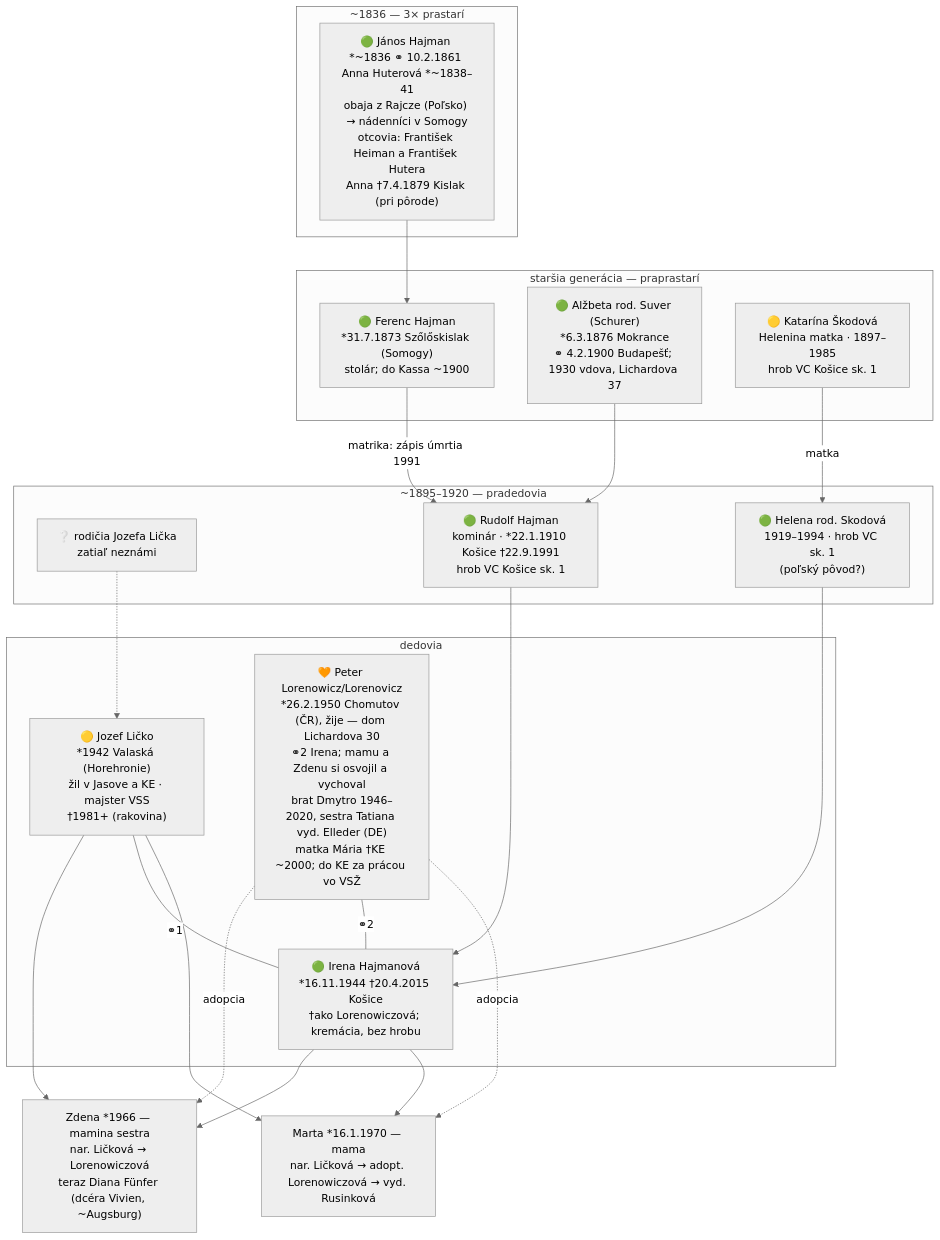
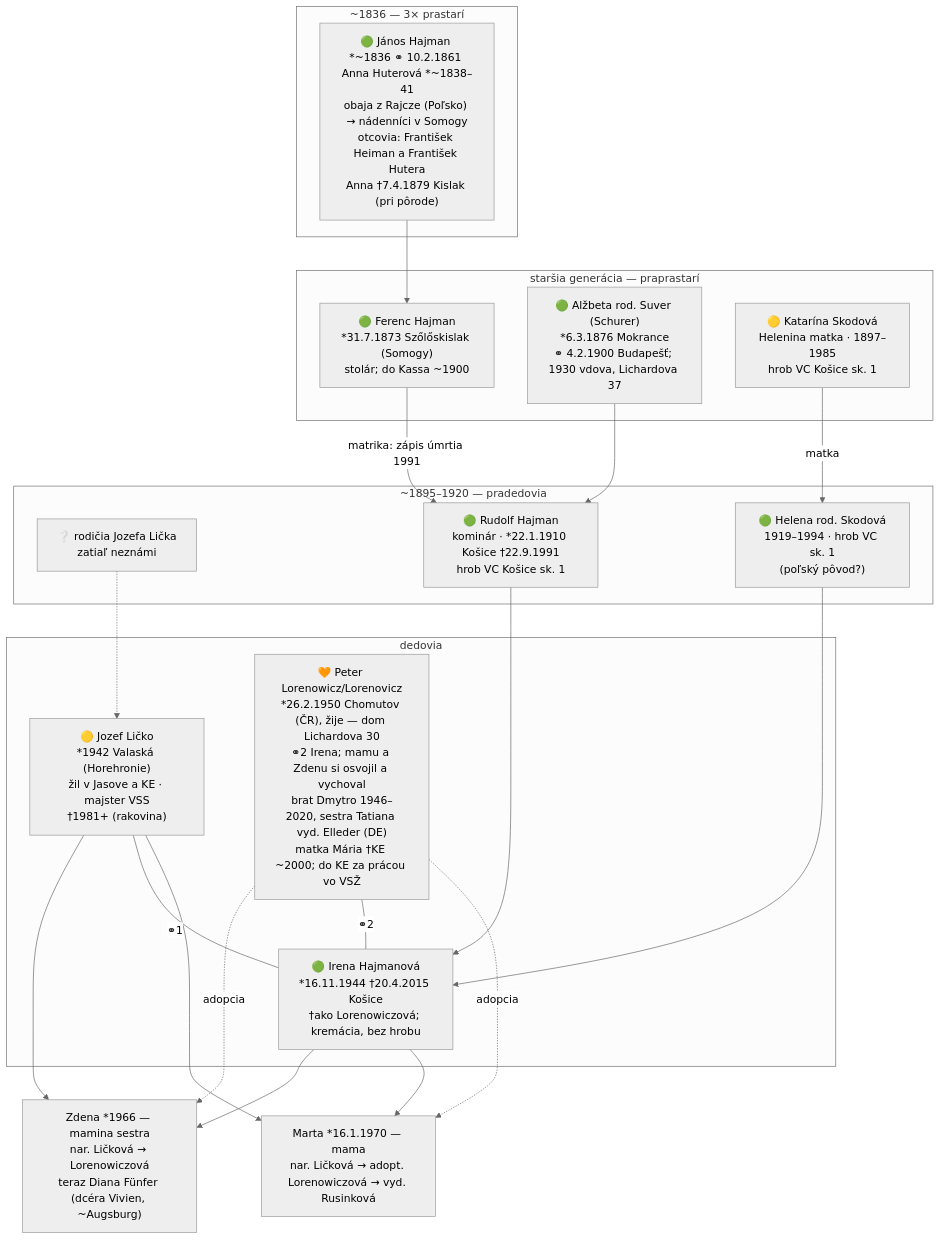
Before and after one commit to vrusi/genealogia: the second of 6 diagrams in docs/rodokmen.md, drawn with Mermaid (neutral theme). The commit also changed other lines of this file and 15 other files, not shown here.

````diff
--- a/docs/rodokmen.md
+++ b/docs/rodokmen.md
@@ -102,39 +102,39 @@
 ```mermaid
 graph TD
   subgraph mgen5["~1836 — 3× prastarí"]
     JHAH["🟢 János Hajman *~1836 ⚭ 10.2.1861 Anna Huterová *~1838–41<br>obaja z Rajcze (Poľsko) → nádenníci v Somogy<br>otcovia: František Heiman a František Hutera<br>Anna †7.4.1879 Kislak (pri pôrode)"]
   end
   subgraph mgen4["staršia generácia — praprastarí"]
     FH["🟢 Ferenc Hajman<br>*31.7.1873 Szőlőskislak (Somogy)<br>stolár; do Kassa ~1900"]
     ASch["🟢 Alžbeta rod. Suver (Schurer)<br>*6.3.1876 Mokrance<br>⚭ 4.2.1900 Budapešť; 1930 vdova, Lichardova 37"]
-    KS["🟡 Katarína Škodová<br>Helenina matka · 1897–1985<br>hrob VC Košice sk. 1"]
+    KS["🟡 Katarína Skodová<br>Helenina matka · 1897–1985<br>hrob VC Košice sk. 1"]
   end
   subgraph mgen3["~1895–1920 — pradedovia"]
     LX["❔ rodičia Jozefa Lička<br>zatiaľ neznámi"]
     RH["🟢 Rudolf Hajman<br>kominár · *22.1.1910 Košice †22.9.1991<br>hrob VC Košice sk. 1"]
     HS["🟢 Helena rod. Skodová<br>1919–1994 · hrob VC sk. 1<br>(poľský pôvod?)"]
   end
   subgraph mgen2["dedovia"]
     JL["🟡 Jozef Ličko<br>*1942 Valaská (Horehronie)<br>žil v Jasove a KE · majster VSS<br>†1981+ (rakovina)"]
     IH["🟢 Irena Hajmanová<br>*16.11.1944 †20.4.2015 Košice<br>†ako Lorenowiczová; kremácia, bez hrobu"]
     PL["🧡 Peter Lorenowicz/Lorenovicz<br>*26.2.1950 Chomutov (ČR), žije — dom Lichardova 30<br>⚭2 Irena; mamu a Zdenu si osvojil a vychoval<br>brat Dmytro 1946–2020, sestra Tatiana vyd. Elleder (DE)<br>matka Mária †KE ~2000; do KE za prácou vo VSŽ"]
   end
   ML["Marta *16.1.1970 — mama<br>nar. Ličková → adopt. Lorenowiczová → vyd. Rusinková"]
   ZD["Zdena *1966 — mamina sestra<br>nar. Ličková → Lorenowiczová<br>teraz Diana Fünfer (dcéra Vivien, ~Augsburg)"]
 
   JHAH --> FH
   FH -->|matrika: zápis úmrtia 1991| RH
   ASch --> RH
   KS -->|matka| HS
   JL --> ZD
   IH --> ZD
   PL -.->|adopcia| ZD
   LX -.-> JL
   RH --> IH
   HS --> IH
   JL ---|⚭1| IH
   PL ---|⚭2| IH
   JL --> ML
   IH --> ML
   PL -.->|adopcia| ML
 ```
````
